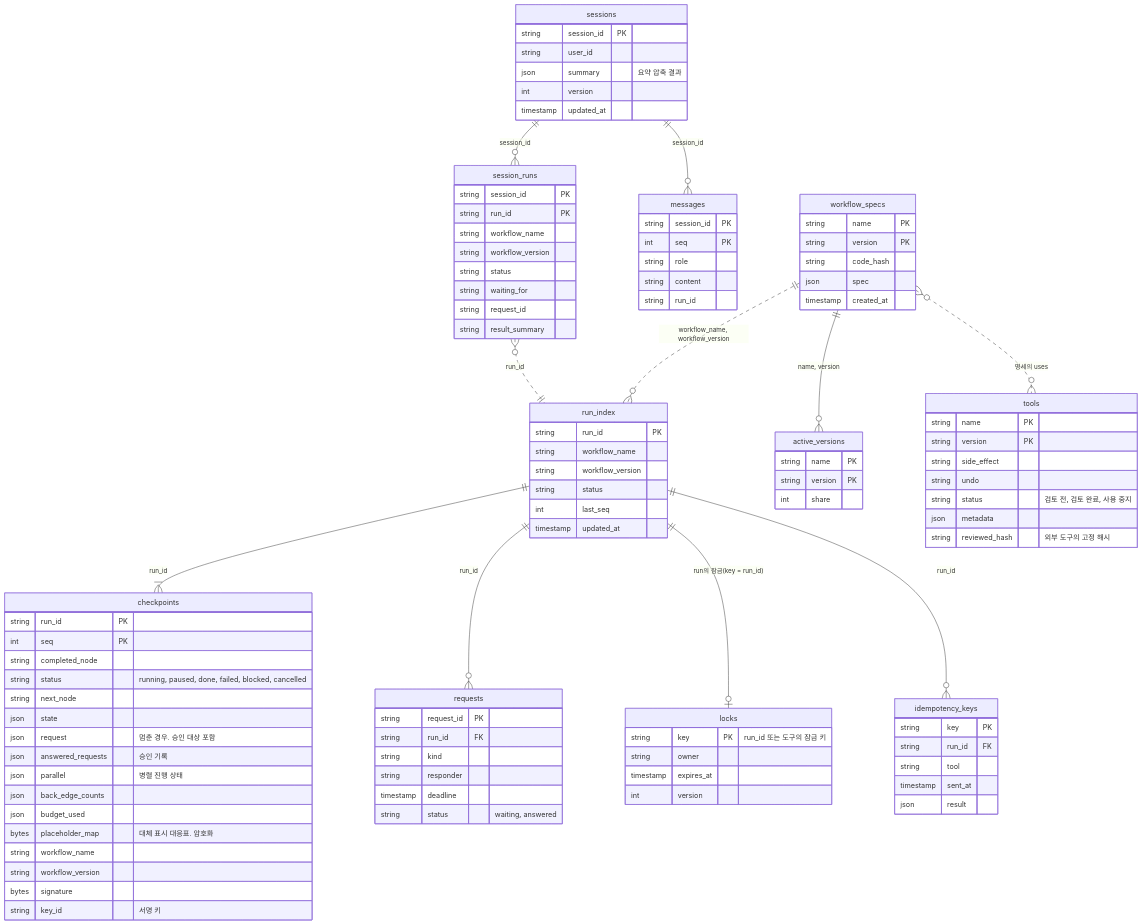
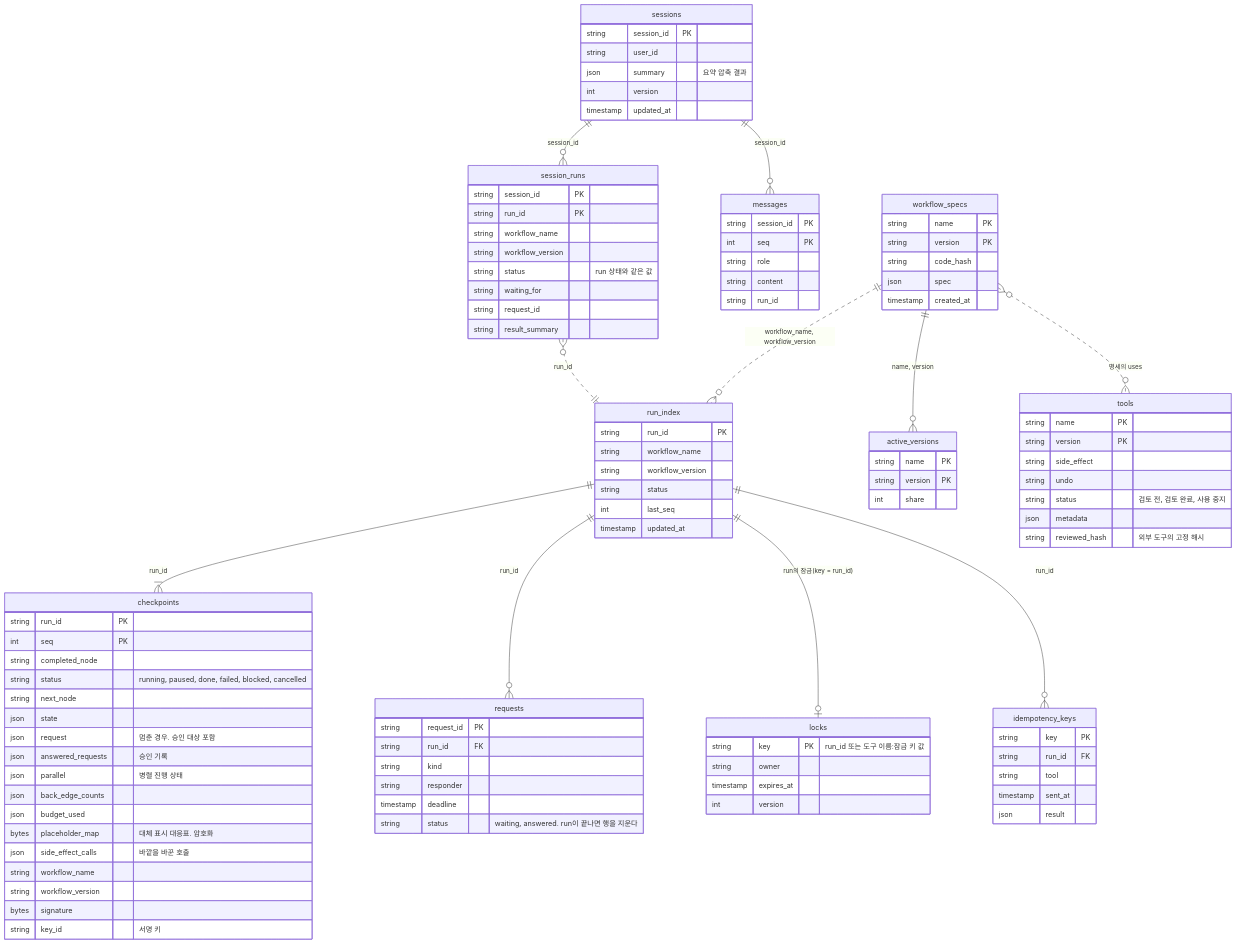
Before and after one commit to iwindfree/ai-agent-framework-architecture: diagram 27 of 30 in 00.architecture.md, drawn with Mermaid. The commit also changed other lines of this file and 1 other file, not shown here.

```diff
--- a/00.architecture.md
+++ b/00.architecture.md
@@ -2333,6 +2348,7 @@
         json back_edge_counts
         json budget_used
         bytes placeholder_map "대체 표시 대응표. 암호화"
+        json side_effect_calls "바깥을 바꾼 호출"
         string workflow_name
         string workflow_version
         bytes signature
@@ -2352,10 +2368,10 @@
         string kind
         string responder
         timestamp deadline
-        string status "waiting, answered"
+        string status "waiting, answered. run이 끝나면 행을 지운다"
     }
     locks {
-        string key PK "run_id 또는 도구의 잠금 키"
+        string key PK "run_id 또는 도구 이름:잠금 키 값"
         string owner
         timestamp expires_at
         int version
@@ -2379,7 +2395,7 @@
         string run_id PK
         string workflow_name
         string workflow_version
-        string status
+        string status "run 상태와 같은 값"
         string waiting_for
         string request_id
         string result_summary
```
